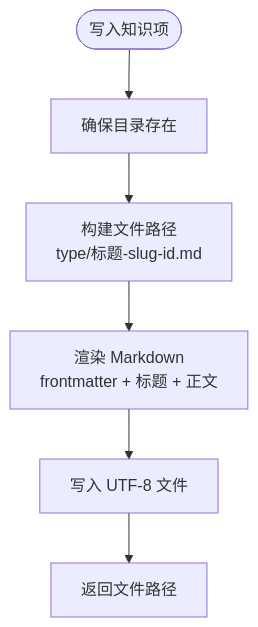
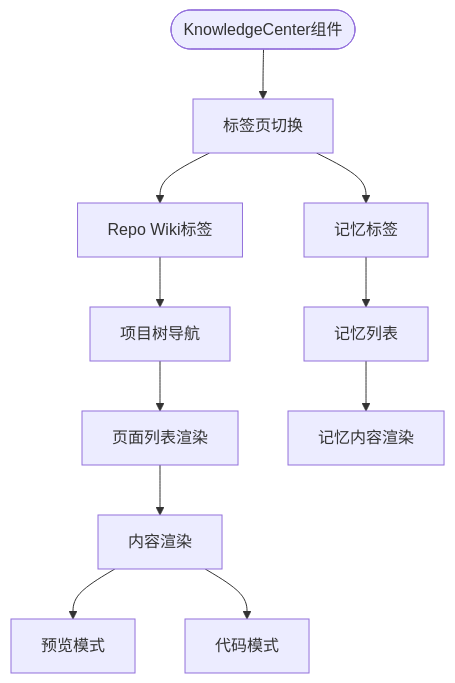
The third of 8 diagrams in .qoder/repowiki/zh/content/知识库系统.md (coconilu/RepoHelm), drawn with Mermaid before and after one commit. The commit also changed other lines of this file and 9 other files, not shown here.

First line of the commit message:
docs(zh): add KnowledgeCenter, Markdown & Mermaid

````diff
--- a/.qoder/repowiki/zh/content/知识库系统.md
+++ b/.qoder/repowiki/zh/content/知识库系统.md
@@ -141,8 +213,13 @@
 ```mermaid
 flowchart TD
-Start(["写入知识项"]) --> EnsureDir["确保目录存在"]
-EnsureDir --> BuildPath["构建文件路径<br/>type/标题-slug-id.md"]
-BuildPath --> Render["渲染 Markdown<br/>frontmatter + 标题 + 正文"]
-Render --> Write["写入 UTF-8 文件"]
-Write --> Return["返回文件路径"]
+Start(["KnowledgeCenter组件"]) --> TabSwitch["标签页切换"]
+TabSwitch --> WikiTab["Repo Wiki标签"]
+TabSwitch --> MemoryTab["记忆标签"]
+WikiTab --> ProjectTree["项目树导航"]
+ProjectTree --> PageList["页面列表渲染"]
+PageList --> ContentView["内容渲染"]
+ContentView --> PreviewMode["预览模式"]
+ContentView --> CodeMode["代码模式"]
+MemoryTab --> MemoryList["记忆列表"]
+MemoryList --> MemoryView["记忆内容渲染"]
 ```
````
